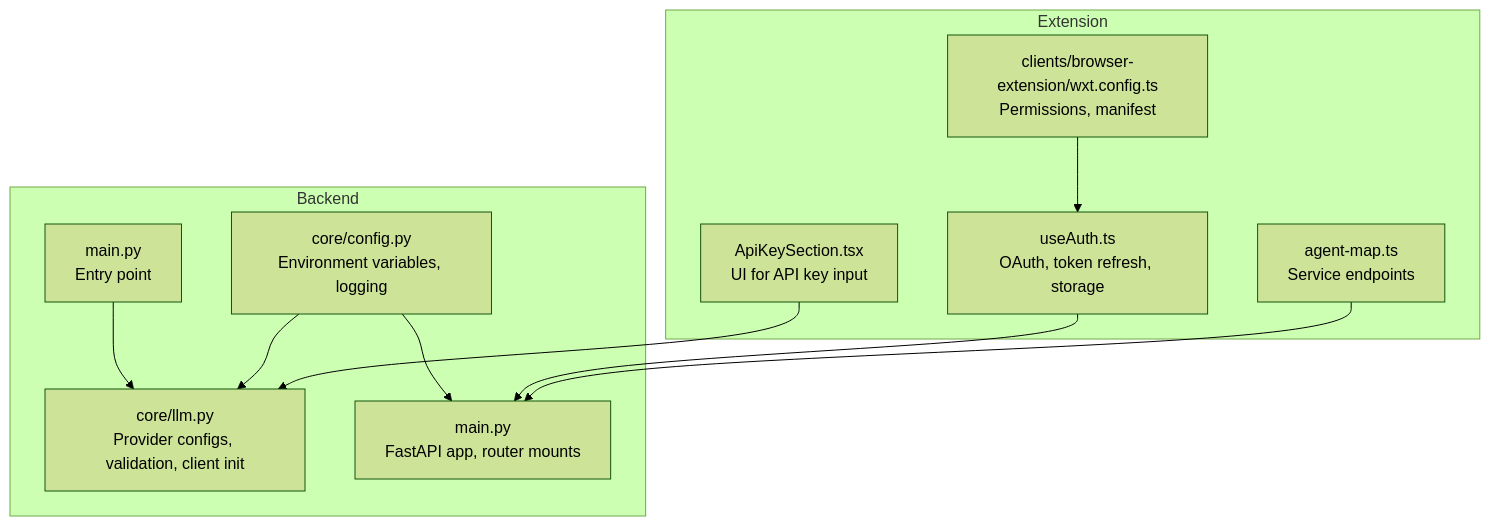
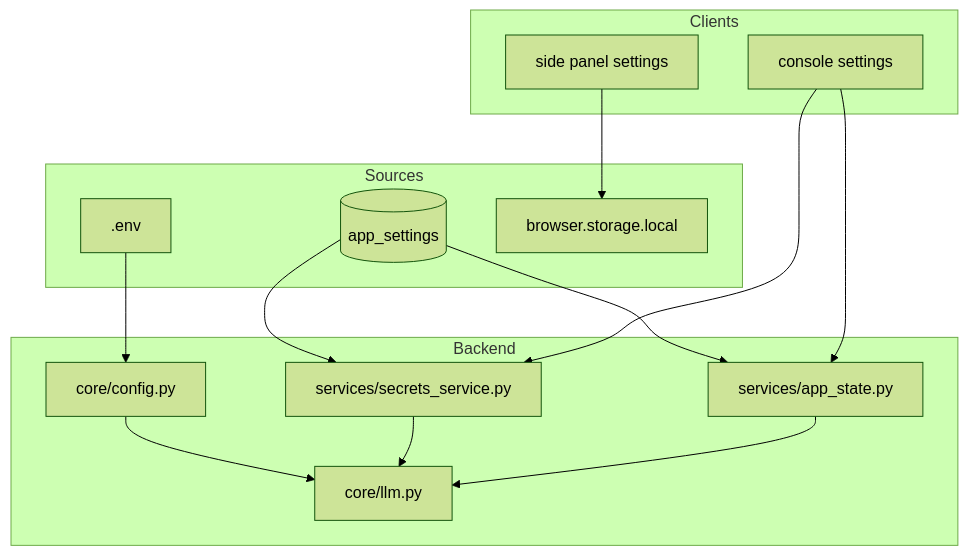
Before and after one commit to tashifkhan/tashif.codes: the first of 6 diagrams in src/data/docs/agentic-browser/Configuration Management.md, drawn with Mermaid (forest theme). The commit also changed other lines of this file and 114 other files, not shown here.

````diff
--- a/src/data/docs/agentic-browser/Configuration Management.md
+++ b/src/data/docs/agentic-browser/Configuration Management.md
@@ -12,22 +17,27 @@
 ```mermaid
 graph TB
-subgraph "Backend"
-CFG["core/config.py<br/>Environment variables, logging"]
-LLM["core/llm.py<br/>Provider configs, validation, client init"]
-API["main.py<br/>FastAPI app, router mounts"]
-MAIN["main.py<br/>Entry point"]
-end
-subgraph "Extension"
-WXT["clients/browser-extension/wxt.config.ts<br/>Permissions, manifest"]
-AUTH["useAuth.ts<br/>OAuth, token refresh, storage"]
-KEYUI["ApiKeySection.tsx<br/>UI for API key input"]
-MAP["agent-map.ts<br/>Service endpoints"]
-end
-MAIN --> LLM
-CFG --> API
-CFG --> LLM
-AUTH --> API
-KEYUI --> LLM
-MAP --> API
-WXT --> AUTH
+  subgraph "Sources"
+    ENV[".env"]
+    DB[("app_settings")]
+    STORE["browser.storage.local"]
+  end
+  subgraph "Backend"
+    CFG["core/config.py"]
+    SEC["services/secrets_service.py"]
+    STATE["services/app_state.py"]
+    LLM["core/llm.py"]
+  end
+  subgraph "Clients"
+    PANEL["side panel settings"]
+    CONSOLE["console settings"]
+  end
+  ENV --> CFG
+  DB --> STATE
+  DB --> SEC
+  CFG --> LLM
+  SEC --> LLM
+  STATE --> LLM
+  PANEL --> STORE
+  CONSOLE --> SEC
+  CONSOLE --> STATE
 ```
````
